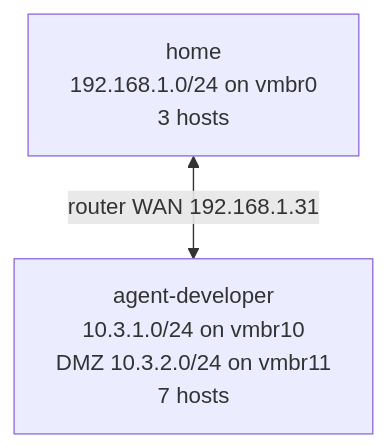
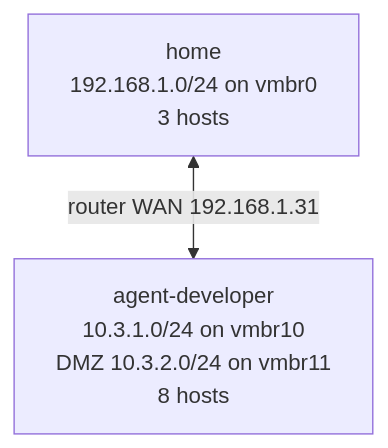
One commit to mwgolden/nixos changed the diagram in docs/network-diagrams/README.md. Above: the diagram before and after it, drawn with Mermaid. The commit also changed other lines of this file and 10 other files, not shown here.

````diff
--- a/docs/network-diagrams/README.md
+++ b/docs/network-diagrams/README.md
@@ -10,6 +10,6 @@
 ```mermaid
 flowchart TB
-    n_agent_developer["agent-developer<br/>10.3.1.0/24 on vmbr10<br/>DMZ 10.3.2.0/24 on vmbr11<br/>7 hosts"]
+    n_agent_developer["agent-developer<br/>10.3.1.0/24 on vmbr10<br/>DMZ 10.3.2.0/24 on vmbr11<br/>8 hosts"]
     n_home["home<br/>192.168.1.0/24 on vmbr0<br/>3 hosts"]
     n_home <-->|"router WAN 192.168.1.31"| n_agent_developer
 ```
````
